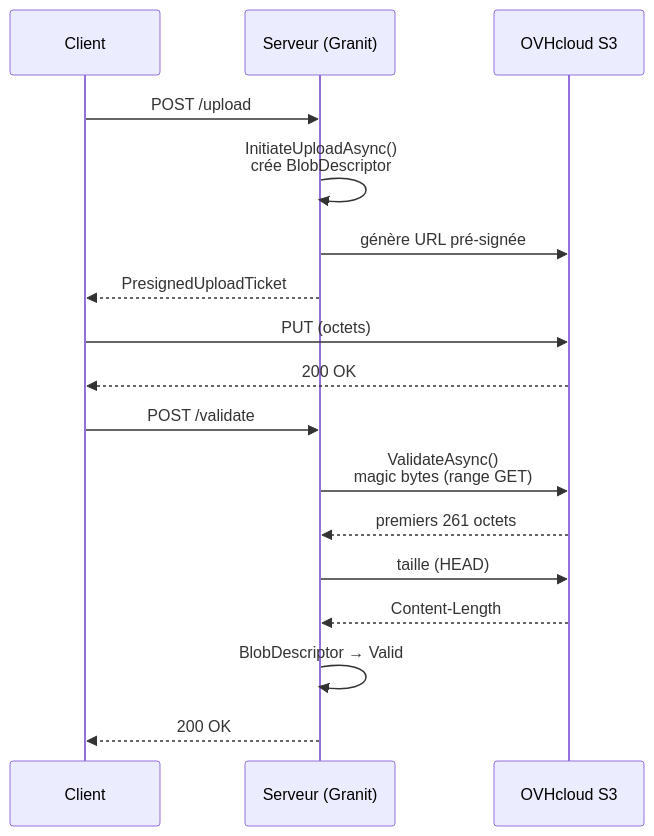
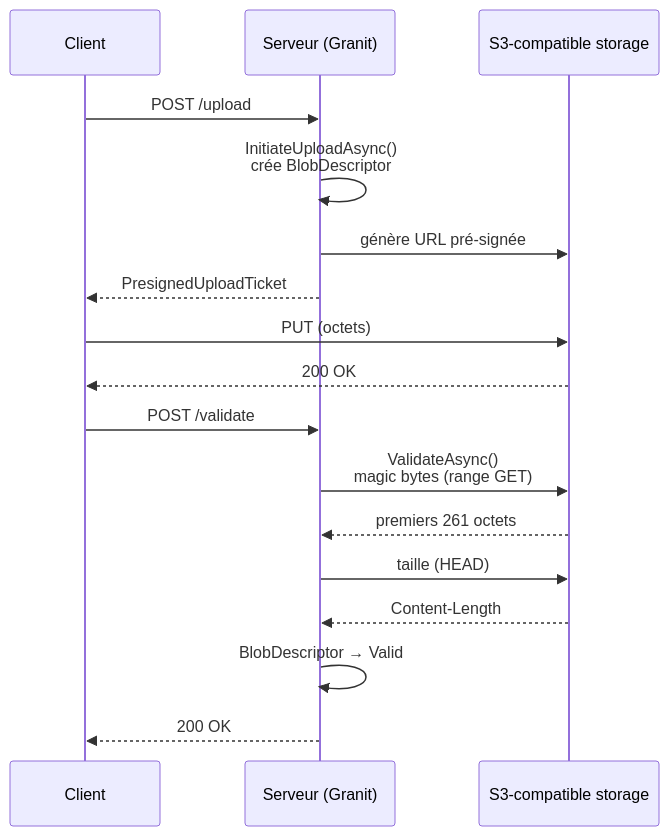
Before and after one commit to enraiz/granit-dotnet: the first of 2 diagrams in docs/framework/storage/blob-storage.md, drawn with Mermaid. The commit also changed other lines of this file and 69 other files, not shown here.

````diff
--- a/docs/framework/storage/blob-storage.md
+++ b/docs/framework/storage/blob-storage.md
@@ -17,22 +17,22 @@
 ```mermaid
 sequenceDiagram
     participant C as Client
     participant S as Serveur (Granit)
-    participant O as OVHcloud S3
+    participant O as S3-compatible storage
 
     C->>S: POST /upload
     S->>S: InitiateUploadAsync()<br/>crée BlobDescriptor
     S->>O: génère URL pré-signée
     S-->>C: PresignedUploadTicket
 
     C->>O: PUT (octets)
     O-->>C: 200 OK
 
     C->>S: POST /validate
     S->>O: ValidateAsync()<br/>magic bytes (range GET)
     O-->>S: premiers 261 octets
     S->>O: taille (HEAD)
     O-->>S: Content-Length
     S->>S: BlobDescriptor → Valid
     S-->>C: 200 OK
 ```
````
